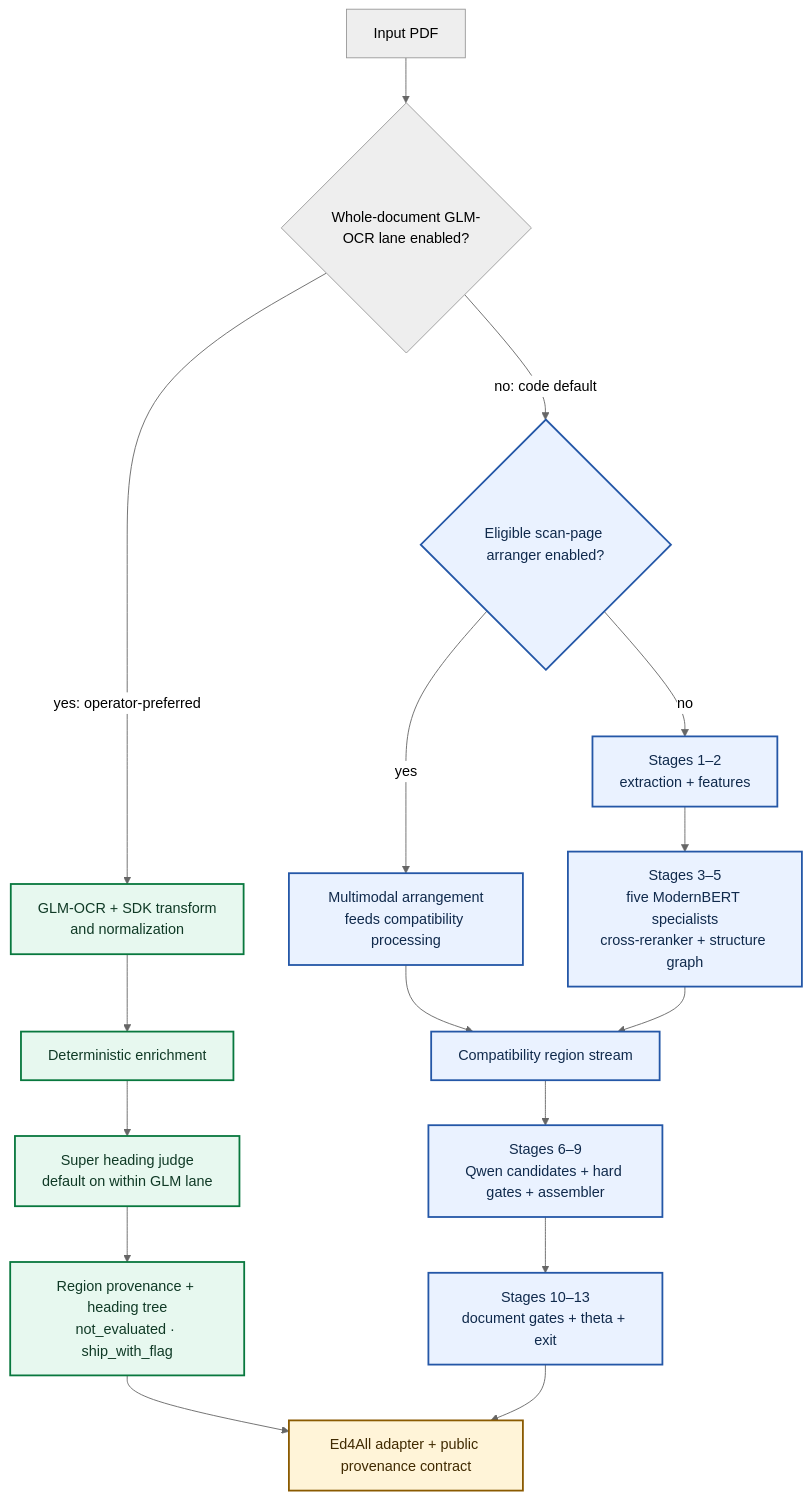
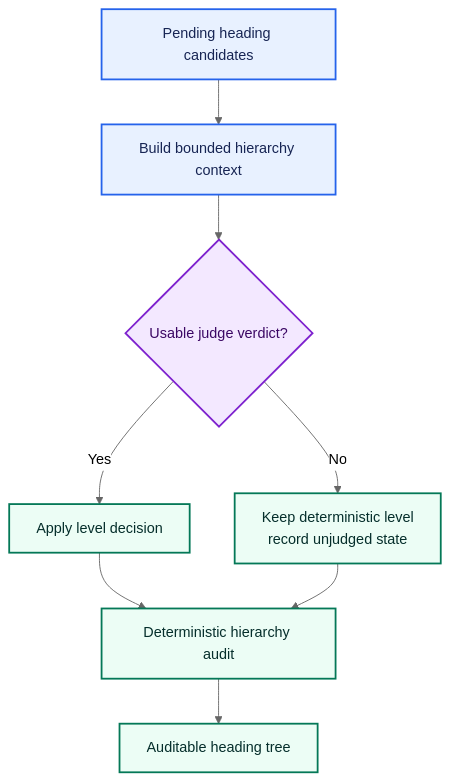
Before and after one commit to mdmurphy822/Ed4All: the second of 4 diagrams in SemantiK/architecture.md, drawn with Mermaid (neutral theme). The commit also changed other lines of this file and 1 other file, not shown here.

Commit message:
docs(semantik): rebuild public product architecture

````diff
--- a/SemantiK/architecture.md
+++ b/SemantiK/architecture.md
@@ -83,27 +110,17 @@
 ```mermaid
 flowchart TD
-    input["Input PDF"] --> glm{"Whole-document GLM-OCR lane enabled?"}
-    glm -->|yes: operator-preferred| glmrun["GLM-OCR + SDK transform<br/>and normalization"]
-    glmrun --> enrich["Deterministic enrichment"]
-    enrich --> judge["Super heading judge<br/>default on within GLM lane"]
-    judge --> glmresult["Region provenance + heading tree<br/>not_evaluated · ship_with_flag"]
+    CANDIDATES["Pending heading candidates"] --> CONTEXT["Build bounded hierarchy context"]
+    CONTEXT --> VERDICT{"Usable judge verdict?"}
+    VERDICT -->|Yes| APPLY["Apply level decision"]
+    VERDICT -->|No| KEEP["Keep deterministic level<br/>record unjudged state"]
+    APPLY --> AUDIT["Deterministic hierarchy audit"]
+    KEEP --> AUDIT
+    AUDIT --> TREE["Auditable heading tree"]
 
-    glm -->|no: code default| page{"Eligible scan-page arranger enabled?"}
-    page -->|yes| arrange["Multimodal arrangement<br/>feeds compatibility processing"]
-    page -->|no| extract["Stages 1–2<br/>extraction + features"]
-    extract --> council["Stages 3–5<br/>five ModernBERT specialists<br/>cross-reranker + structure graph"]
-    arrange --> compat["Compatibility region stream"]
-    council --> compat
-    compat --> generation["Stages 6–9<br/>Qwen candidates + hard gates + assembler"]
-    generation --> document["Stages 10–13<br/>document gates + theta + exit"]
-
-    glmresult --> adapter["Ed4All adapter + public provenance contract"]
-    document --> adapter
-
-    classDef preferred fill:#E7F8EF,stroke:#08783E,color:#103A26,stroke-width:2px;
-    classDef compat fill:#EAF2FF,stroke:#2457A7,color:#102A4C,stroke-width:2px;
-    classDef contract fill:#FFF4D8,stroke:#8A5A00,color:#402A00,stroke-width:2px;
-    class glmrun,enrich,judge,glmresult preferred;
-    class page,arrange,extract,council,compat,generation,document compat;
-    class adapter contract;
+    classDef input fill:#E8F1FF,stroke:#2563EB,color:#172554,stroke-width:2px;
+    classDef decision fill:#F3E8FF,stroke:#7E22CE,color:#3B0764,stroke-width:2px;
+    classDef safe fill:#ECFDF5,stroke:#047857,color:#052E2B,stroke-width:2px;
+    class CANDIDATES,CONTEXT input;
+    class VERDICT decision;
+    class APPLY,KEEP,AUDIT,TREE safe;
 ```
````
